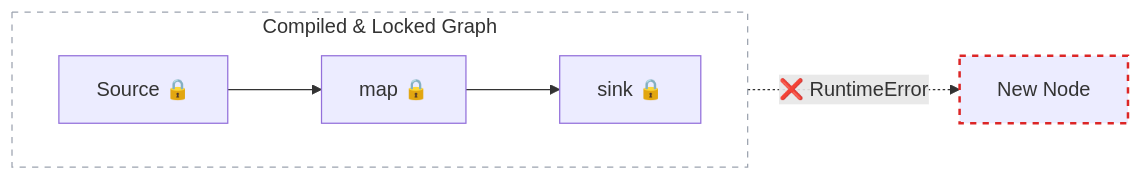
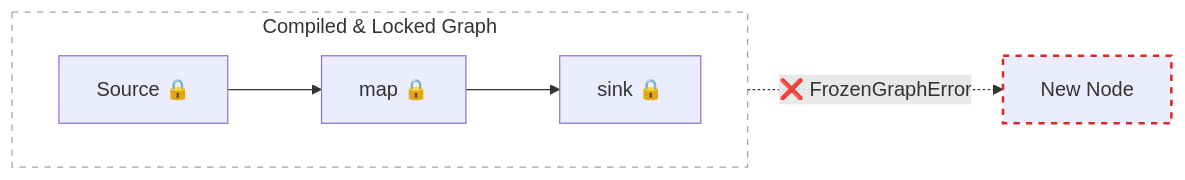
The first of 7 diagrams in docs/features/compile-optimizations.md (IsaacTay/akayu), drawn with Mermaid before and after one commit. The commit also changed other lines of this file and 42 other files, not shown here.

````diff
--- a/docs/features/compile-optimizations.md
+++ b/docs/features/compile-optimizations.md
@@ -67,12 +67,12 @@
 ```mermaid
 flowchart LR
     subgraph locked [Compiled & Locked Graph]
         direction LR
         S["Source 🔒"]:::source --> M1["map 🔒"]:::process --> S1["sink 🔒"]:::sink
     end
 
-    M1 -.->|❌ RuntimeError| New[New Node]:::error
+    M1 -.->|❌ FrozenGraphError| New[New Node]:::error
     
     classDef error stroke:#dc2626,stroke-width:2px,stroke-dasharray: 5 5
     style locked stroke:#9ca3af,stroke-dasharray: 5 5,fill:transparent
 ```
````
